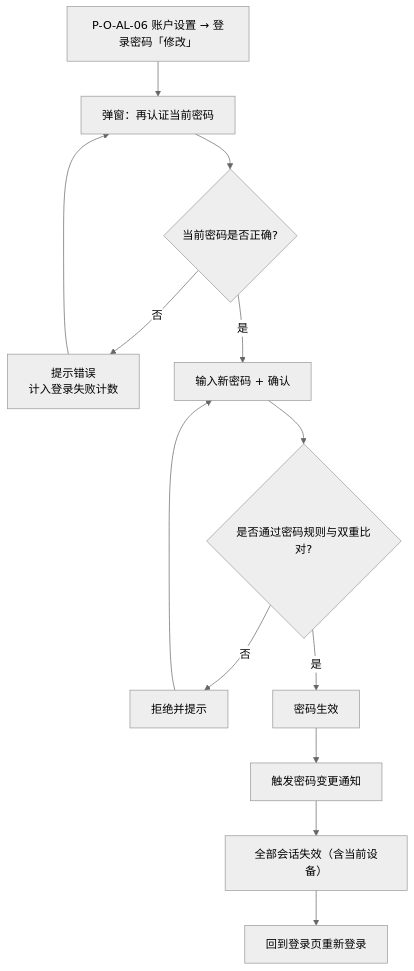
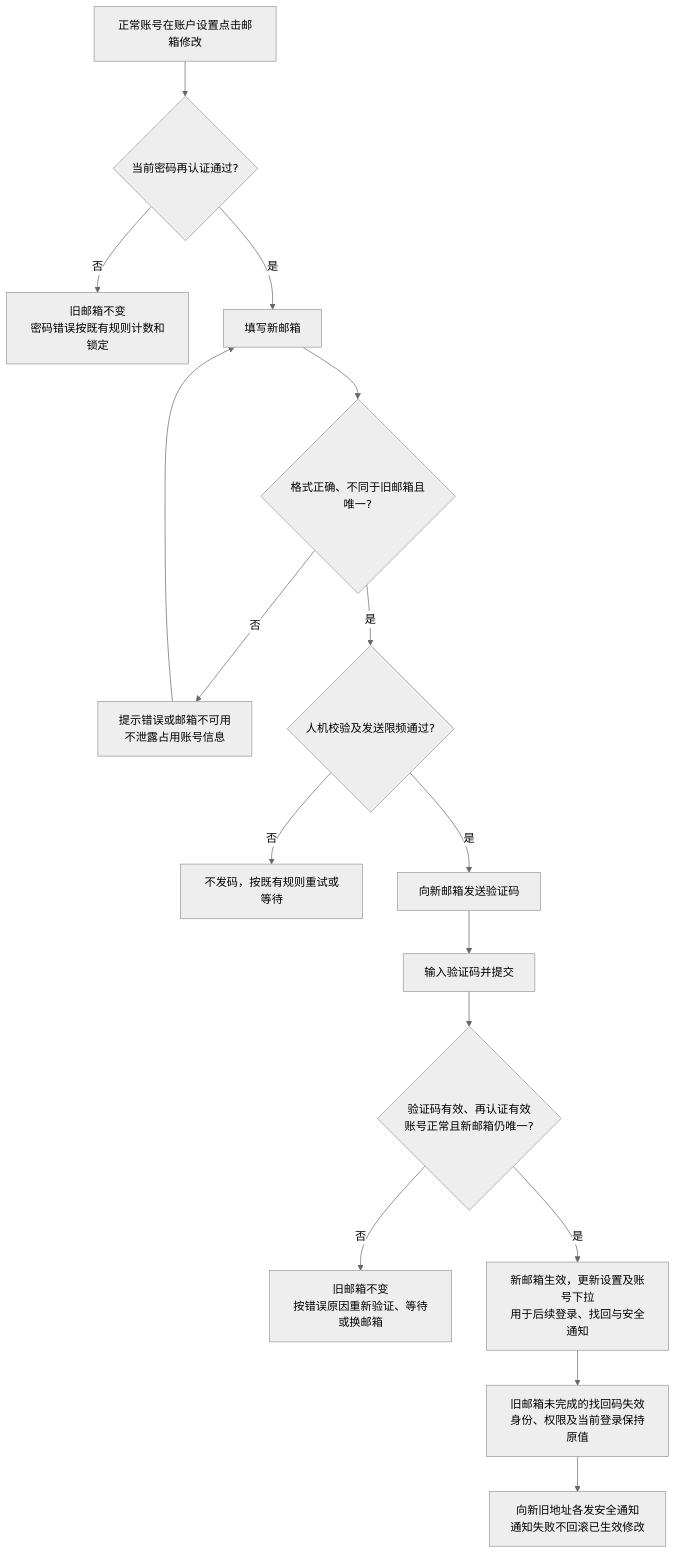
One commit to wxblockchain/Chain-Financing changed the fifth of 8 diagrams in lending-platform/PRD/v1.0-运营端账户与登录/v1.0-运营端账户与登录-流程图与状态机.md. Above: the diagram before and after it, drawn with Mermaid (neutral theme). The commit also changed other lines of this file and 4 other files, not shown here.

````diff
--- a/lending-platform/PRD/v1.0-运营端账户与登录/v1.0-运营端账户与登录-流程图与状态机.md
+++ b/lending-platform/PRD/v1.0-运营端账户与登录/v1.0-运营端账户与登录-流程图与状态机.md
@@ -151,15 +105,18 @@
 ```mermaid
 flowchart TD
-    A["P-O-AL-06 账户设置 → 登录密码「修改」"] --> B["弹窗：再认证当前密码"]
-    B --> C{"当前密码是否正确?"}
-    C -->|否| C1["提示错误<br/>计入登录失败计数"]
-    C1 --> B
-    C -->|是| D["输入新密码 + 确认"]
-    D --> E{"是否通过密码规则与双重比对?"}
-    E -->|否| E1["拒绝并提示"]
-    E1 --> D
-    E -->|是| F["密码生效"]
-    F --> G["触发密码变更通知"]
-    G --> H["全部会话失效（含当前设备）"]
-    H --> I["回到登录页重新登录"]
+    A["正常账号在账户设置点击邮箱修改"] --> B{"当前密码再认证通过?"}
+    B -->|否| C["旧邮箱不变<br/>密码错误按既有规则计数和锁定"]
+    B -->|是| D["填写新邮箱"]
+    D --> E{"格式正确、不同于旧邮箱且唯一?"}
+    E -->|否| F["提示错误或邮箱不可用<br/>不泄露占用账号信息"]
+    F --> D
+    E -->|是| G{"人机校验及发送限频通过?"}
+    G -->|否| H["不发码，按既有规则重试或等待"]
+    G -->|是| I["向新邮箱发送验证码"]
+    I --> J["输入验证码并提交"]
+    J --> K{"验证码有效、再认证有效<br/>账号正常且新邮箱仍唯一?"}
+    K -->|否| L["旧邮箱不变<br/>按错误原因重新验证、等待或换邮箱"]
+    K -->|是| M["新邮箱生效，更新设置及账号下拉<br/>用于后续登录、找回与安全通知"]
+    M --> N["旧邮箱未完成的找回码失效<br/>身份、权限及当前登录保持原值"]
+    N --> O["向新旧地址各发安全通知<br/>通知失败不回滚已生效修改"]
 ```
````
